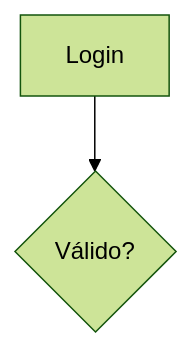
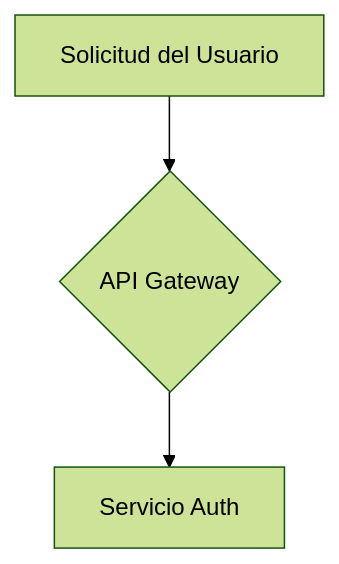
One commit to angelnoelduranflorez/mermaid-presentation changed diagram 16 of 16 in DIALOGO-PRESENTACION.md. Above: the diagram before and after it, drawn with Mermaid (forest theme). The commit also changed other lines of this file and 2 other files, not shown here.

````diff
--- a/DIALOGO-PRESENTACION.md
+++ b/DIALOGO-PRESENTACION.md
@@ -1126,6 +1136,7 @@
 ```mermaid
 graph TD
     %% Flujo principal de autenticación
-    A[Login] --> B{Válido?}
-    %% TODO: Agregar flujo de 2FA
+    %% Actualizado: 2024-03-15 por @equipo-auth
+    userReq[Solicitud del Usuario] --> authGw{API Gateway}
+    authGw --> authSvc[Servicio Auth]
 ```
````
